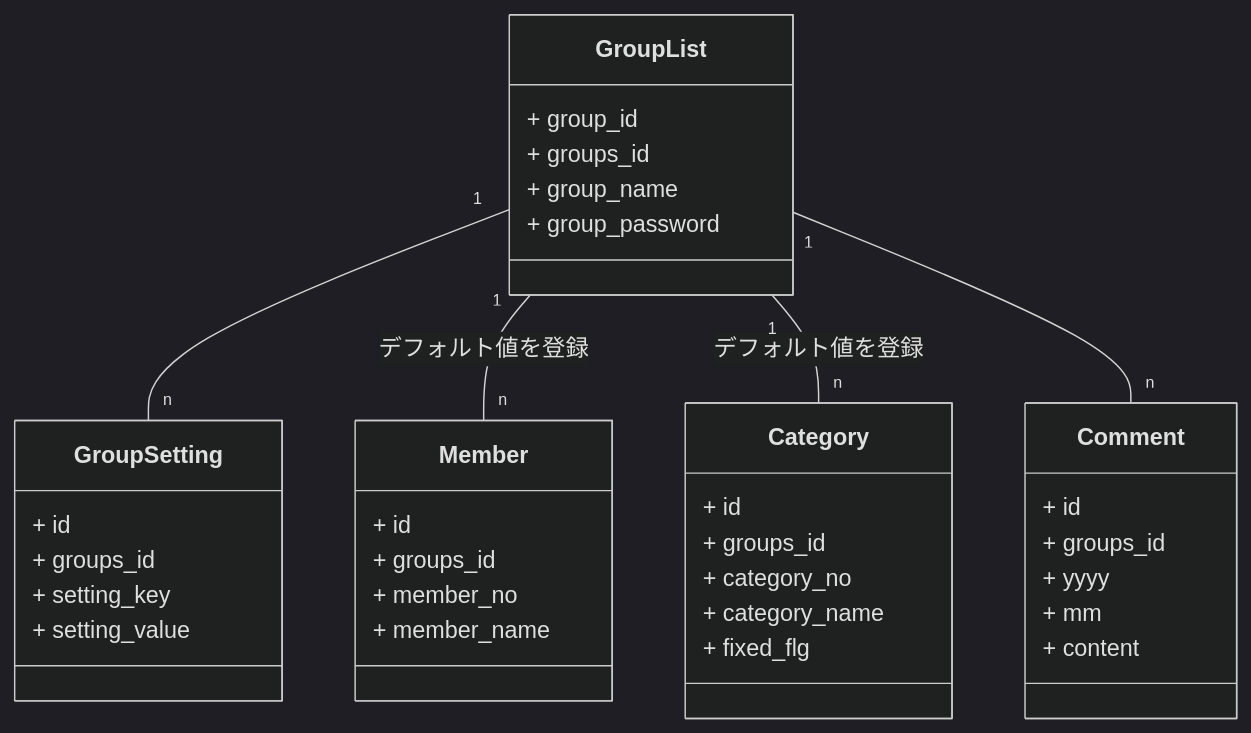
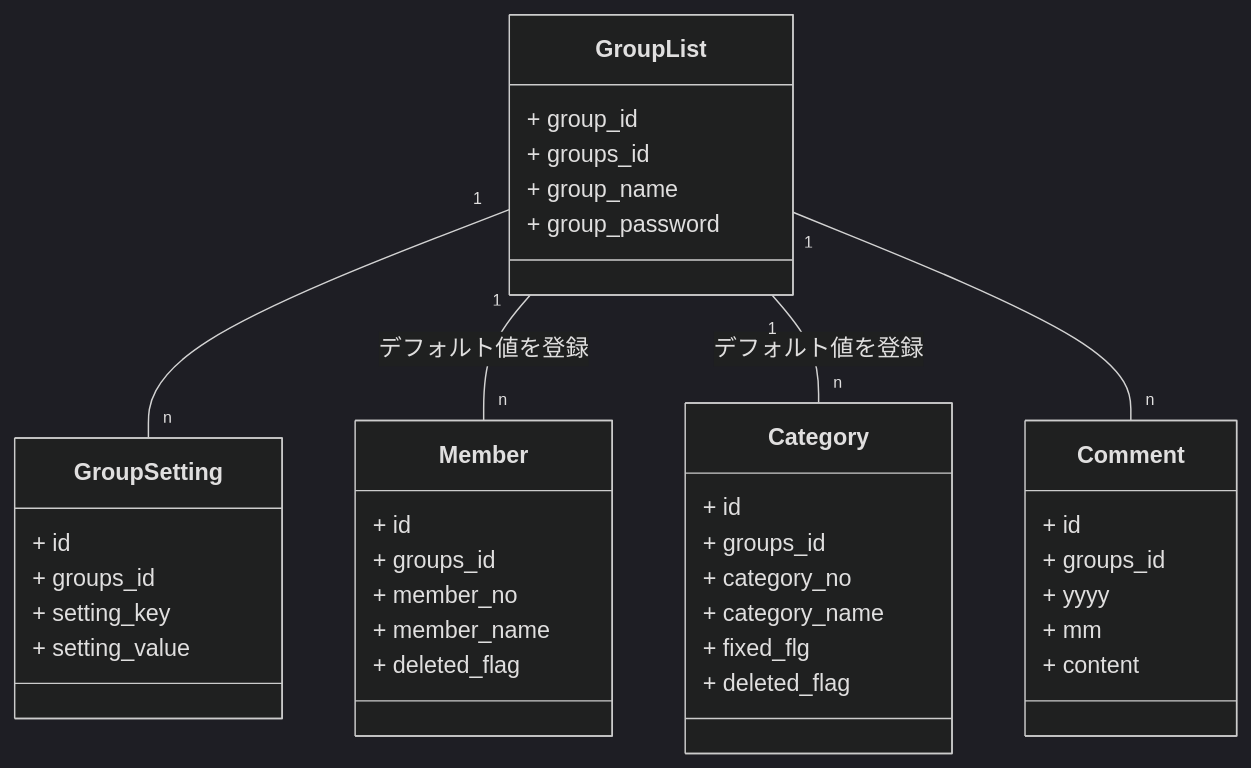
Before and after one commit to ryota-tojo/home: the diagram in server/etc/document/transaction/グループ一覧.md, drawn with Mermaid (dark theme). The commit also changed 44 other files, not shown here.

````diff
--- a/server/etc/document/transaction/グループ一覧.md
+++ b/server/etc/document/transaction/グループ一覧.md
@@ -3,45 +3,47 @@
 ```mermaid
 classDiagram
     class GroupList {
         + group_id
         + groups_id
         + group_name
         + group_password
     }
 
     class GroupSetting {
         + id
         + groups_id
         + setting_key
         + setting_value
     }
 
     class Member {
         + id
         + groups_id
         + member_no
         + member_name
+        + deleted_flag
     }
 
     class Category {
         + id
         + groups_id
         + category_no
         + category_name
         + fixed_flg
+        + deleted_flag
     }
 
     class Comment {
         + id
         + groups_id
         + yyyy
         + mm
         + content
     }
 
     GroupList "1" -- "n" GroupSetting
     GroupList "1" -- "n" Member: デフォルト値を登録
     GroupList "1" -- "n" Category: デフォルト値を登録
     GroupList "1" -- "n" Comment
 
 ```
````
